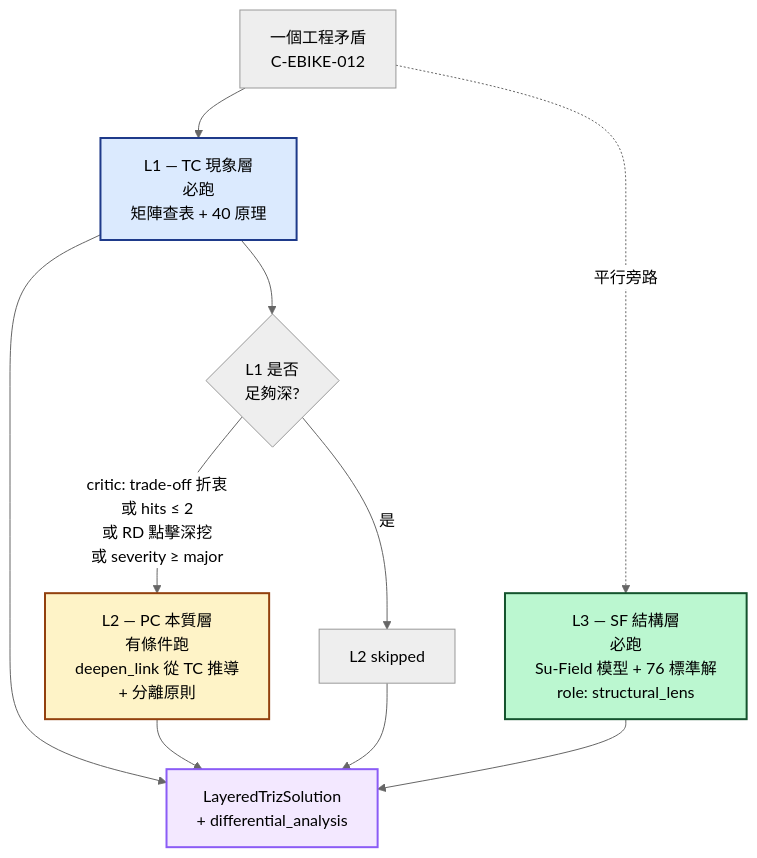
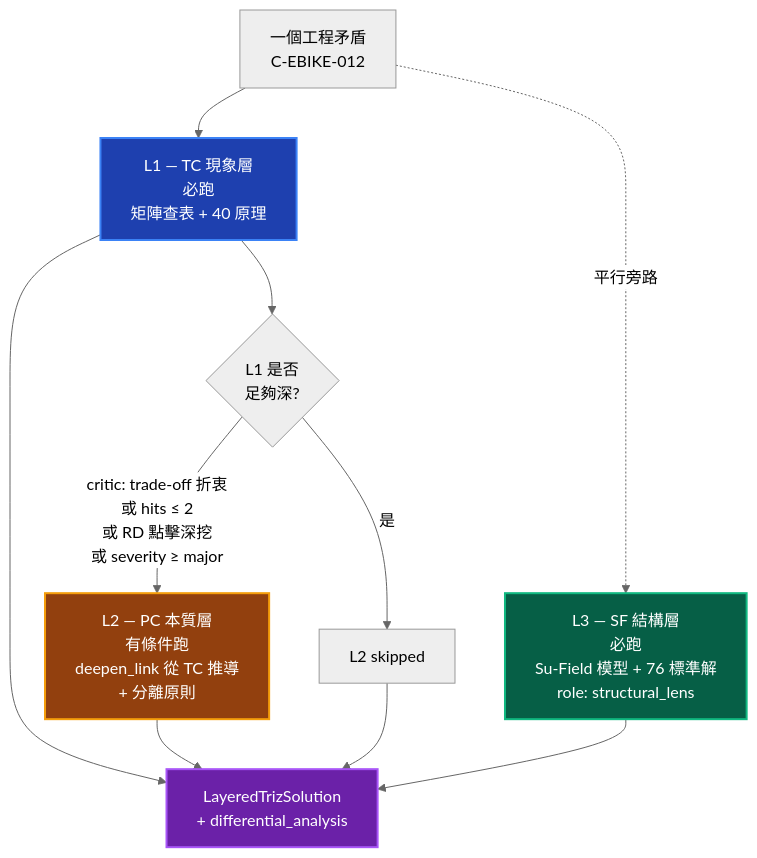
Before and after one commit to Zenobia0000/RD_copilot_system: the eighth of 31 diagrams in docs/01-define/diagrams/appendix-b--forward-triz-solver.md, drawn with Mermaid. The commit also changed other lines of this file and 10 other files, not shown here.

First line of the commit message:
docs(diagrams): Gate 審計修復 + diagrams 缺失補齊 + Mermaid 暗色配色

````diff
--- a/docs/01-define/diagrams/appendix-b--forward-triz-solver.md
+++ b/docs/01-define/diagrams/appendix-b--forward-triz-solver.md
@@ -476,22 +476,22 @@
 ```mermaid
 %%{init: {'theme': 'neutral'}}%%
 graph TB
     M[一個工程矛盾<br/>C-EBIKE-012]
 
     M --> L1[L1 — TC 現象層<br/>必跑<br/>矩陣查表 + 40 原理]
     M -.平行旁路.-> L3[L3 — SF 結構層<br/>必跑<br/>Su-Field 模型 + 76 標準解<br/>role: structural_lens]
 
     L1 --> J{L1 是否<br/>足夠深?}
     J -->|critic: trade-off 折衷<br/>或 hits ≤ 2<br/>或 RD 點擊深挖<br/>或 severity ≥ major| L2[L2 — PC 本質層<br/>有條件跑<br/>deepen_link 從 TC 推導<br/>+ 分離原則]
     J -->|是| SKIP[L2 skipped]
 
     L1 --> LTS[LayeredTrizSolution<br/>+ differential_analysis]
     L2 --> LTS
     SKIP --> LTS
     L3 --> LTS
 
-    style L1 fill:#dbeafe,stroke:#1e3a8a,stroke-width:2px,color:#000
-    style L2 fill:#fef3c7,stroke:#92400e,stroke-width:2px,color:#000
-    style L3 fill:#bbf7d0,stroke:#14532d,stroke-width:2px,color:#000
-    style LTS fill:#F3E8FF,stroke:#8B5CF6,stroke-width:2px,color:#000
+    style L1 fill:#1E40AF,color:#fff,stroke:#3B82F6,stroke-width:2px
+    style L2 fill:#92400E,color:#fff,stroke:#F59E0B,stroke-width:2px
+    style L3 fill:#065F46,color:#fff,stroke:#10B981,stroke-width:2px
+    style LTS fill:#6B21A8,color:#fff,stroke:#A855F7,stroke-width:2px
 ```
````
